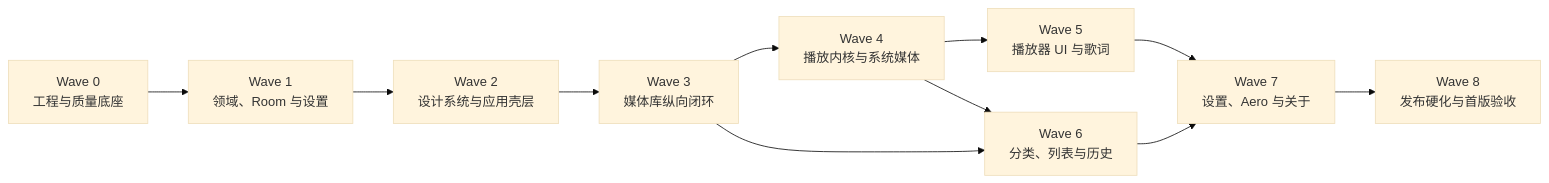
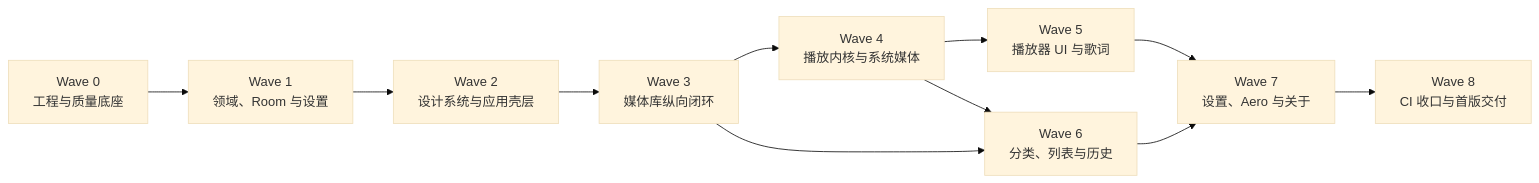
Before and after one commit to NNCVA/MusicApp4: the diagram in docs/plan/implementation-wave-plan.md, drawn with Mermaid (base theme). The commit also changed other lines of this file and 8 other files, not shown here.

````diff
--- a/docs/plan/implementation-wave-plan.md
+++ b/docs/plan/implementation-wave-plan.md
@@ -17,13 +17,13 @@
 ```mermaid
 flowchart LR
     W0["Wave 0<br/>工程与质量底座"] --> W1["Wave 1<br/>领域、Room 与设置"]
     W1 --> W2["Wave 2<br/>设计系统与应用壳层"]
     W2 --> W3["Wave 3<br/>媒体库纵向闭环"]
     W3 --> W4["Wave 4<br/>播放内核与系统媒体"]
     W4 --> W5["Wave 5<br/>播放器 UI 与歌词"]
     W3 --> W6["Wave 6<br/>分类、列表与历史"]
     W4 --> W6
     W5 --> W7["Wave 7<br/>设置、Aero 与关于"]
     W6 --> W7
-    W7 --> W8["Wave 8<br/>发布硬化与首版验收"]
+    W7 --> W8["Wave 8<br/>CI 收口与首版交付"]
 ```
````
